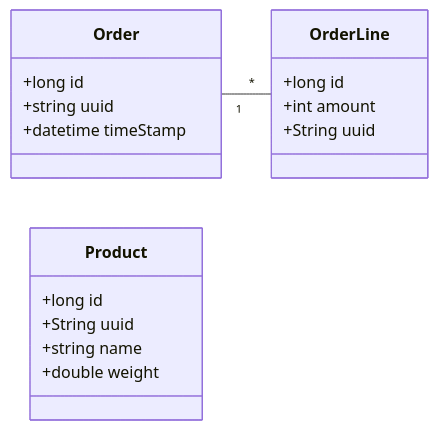
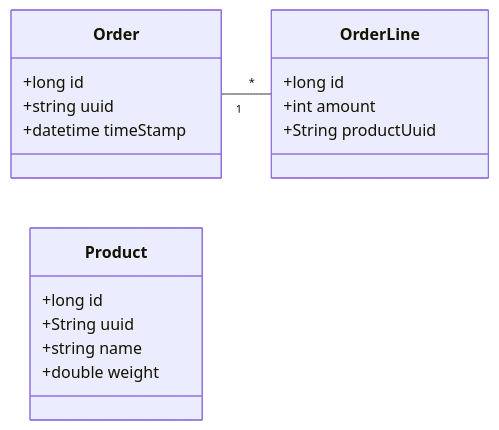
One commit to nbicocchi/learn-microservices changed the second of 2 diagrams in modules/communication-sync/slides/1 - Communication styles.md. Above: the diagram before and after it, drawn with Mermaid. The commit also changed other lines of this file and 49 other files, not shown here.

````diff
--- a/modules/communication-sync/slides/1 - Communication styles.md
+++ b/modules/communication-sync/slides/1 - Communication styles.md
@@ -36,24 +36,24 @@
 ```mermaid
 classDiagram
 direction LR
     class Order {
 	    +long id
 	    +string uuid
 	    +datetime timeStamp
     }
 
     class OrderLine {
 	    +long id
         +int amount
-        +String uuid
+        +String productUuid
     }
     
     class Product {
 	    +long id
         +String uuid
 	    +string name
 	    +double weight
     }
 
     Order "1" -- "*" OrderLine
 ```
````
